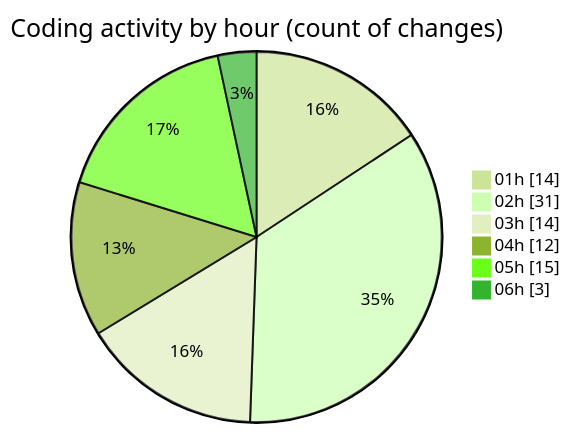
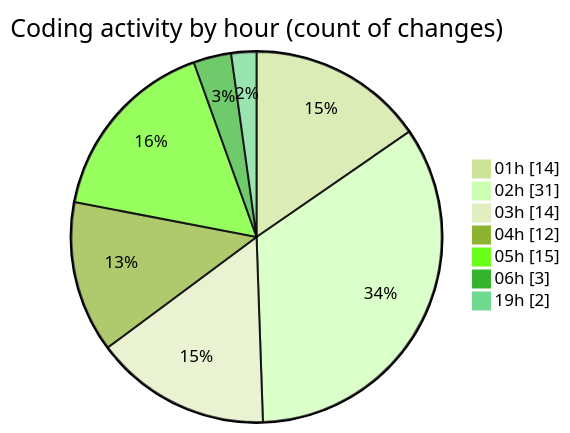
Before and after one commit to jrari/code-tracking: the second of 2 diagrams in 2025-07-13/telebot/README.md, drawn with Mermaid (forest theme). The commit also changed other lines of this file and 1 other file, not shown here.

````diff
--- a/2025-07-13/telebot/README.md
+++ b/2025-07-13/telebot/README.md
@@ -68,10 +69,11 @@
 ```mermaid
 pie showData
 title Coding activity by hour (count of changes)
 "01h" : 14
 "02h" : 31
 "03h" : 14
 "04h" : 12
 "05h" : 15
 "06h" : 3
+"19h" : 2
 ```
````
